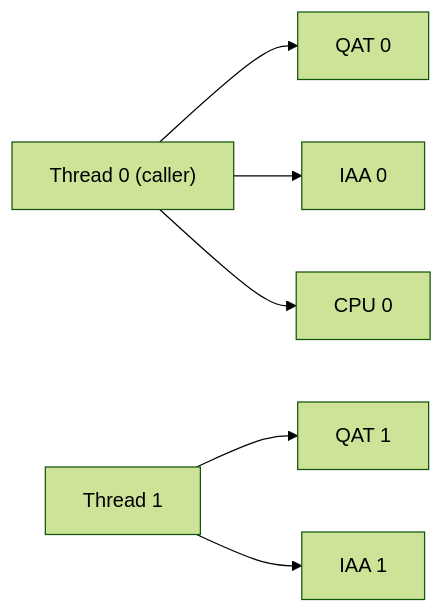
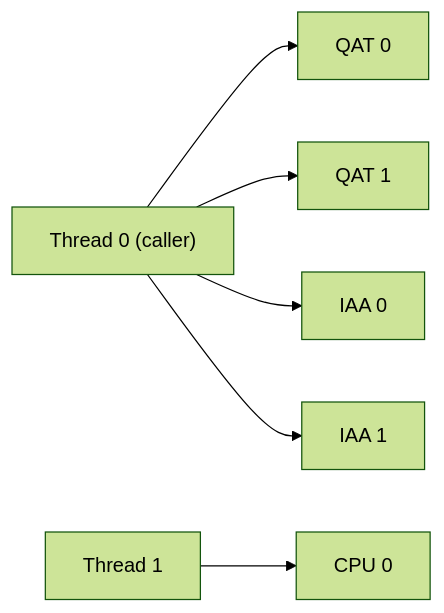
Before and after one commit to Yogaraj-Alamenda/intel-accel-for-llm: the second of 2 diagrams in doc/design/kv-zip.md, drawn with Mermaid (forest theme). The commit also changed other lines of this file and 6 other files, not shown here.

First line of the commit message:
perf(kv_zip): default to one poller thread per QAT device

````diff
--- a/doc/design/kv-zip.md
+++ b/doc/design/kv-zip.md
@@ -41,5 +41,5 @@
 ```mermaid
 flowchart LR
-    T0["Thread 0 (caller)"] --> Q0["QAT 0"] & I0["IAA 0"] & C0["CPU 0"]
-    T1["Thread 1"] --> Q1["QAT 1"] & I1["IAA 1"]
+    T0["Thread 0 (caller)"] --> Q0["QAT 0"] & Q1["QAT 1"] & I0["IAA 0"] & I1["IAA 1"]
+    T1["Thread 1"] --> C0["CPU 0"]
 ```
````
